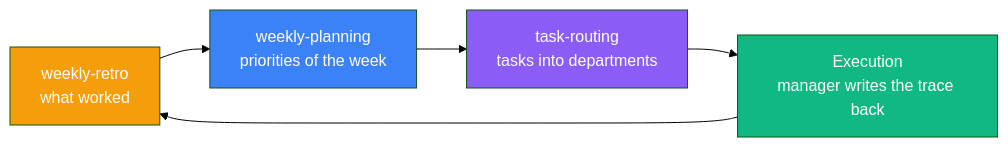
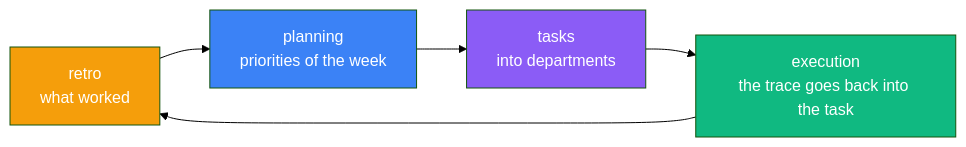
Before and after one commit to dan4201952-hue/personal-corp-os: the second of 3 diagrams in README.md, drawn with Mermaid (forest theme). The commit also changed other lines of this file and 20 other files, not shown here.

````diff
--- a/README.md
+++ b/README.md
@@ -53,11 +68,11 @@
 ```mermaid
 graph LR
-    R["weekly-retro<br/>what worked"] --> P["weekly-planning<br/>priorities of the week"]
-    P --> T["task-routing<br/>tasks into departments"]
-    T --> E["Execution<br/>manager writes the trace back"]
+    R["retro<br/>what worked"] --> P["planning<br/>priorities of the week"]
+    P --> T["tasks<br/>into departments"]
+    T --> E["execution<br/>the trace goes back into the task"]
     E --> R
     style R fill:#f59e0b,color:#fff
     style P fill:#3b82f6,color:#fff
     style T fill:#8b5cf6,color:#fff
     style E fill:#10b981,color:#fff
 ```
````
